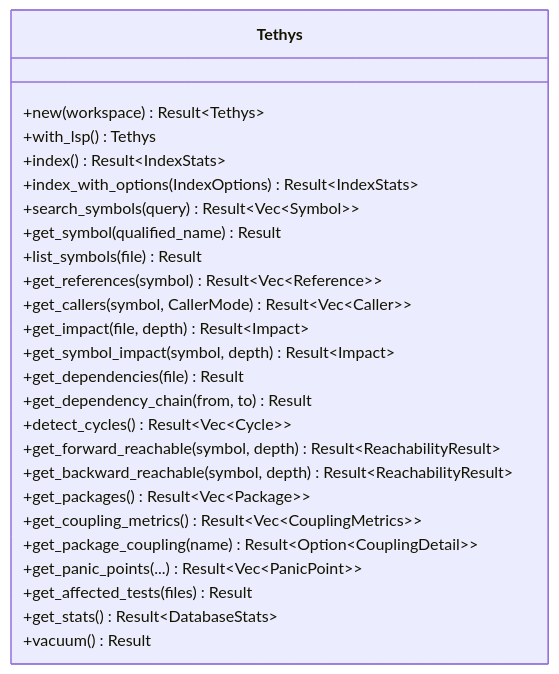
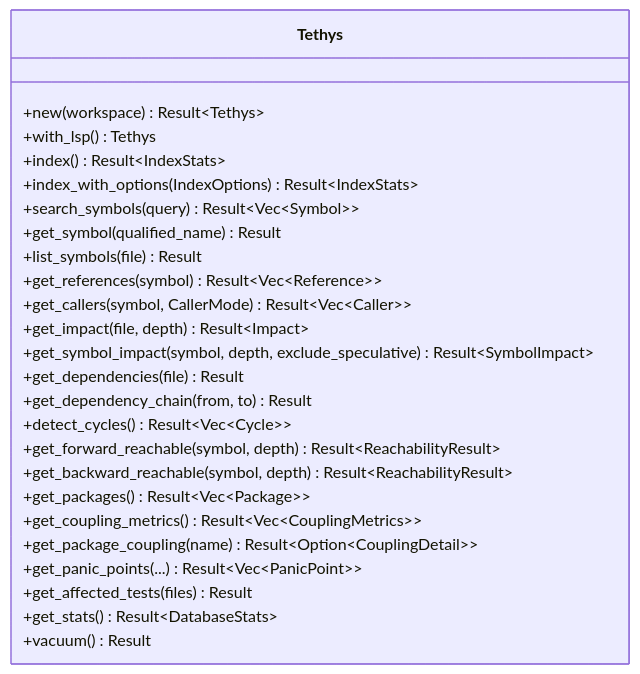
The diagram in .agents/summary/interfaces.md (dwalleck/tethys), drawn with Mermaid before and after one commit. The commit also changed other lines of this file and 16 other files, not shown here.

First line of the commit message:
feat(callers): return depth-accurate symbol impact

````diff
--- a/.agents/summary/interfaces.md
+++ b/.agents/summary/interfaces.md
@@ -48,28 +48,28 @@
 ```mermaid
 classDiagram
     class Tethys {
         +new(workspace) Result~Tethys~
         +with_lsp() Tethys
         +index() Result~IndexStats~
         +index_with_options(IndexOptions) Result~IndexStats~
         +search_symbols(query) Result~Vec~Symbol~~
         +get_symbol(qualified_name) Result
         +list_symbols(file) Result
         +get_references(symbol) Result~Vec~Reference~~
         +get_callers(symbol, CallerMode) Result~Vec~Caller~~
         +get_impact(file, depth) Result~Impact~
-        +get_symbol_impact(symbol, depth) Result~Impact~
+        +get_symbol_impact(symbol, depth, exclude_speculative) Result~SymbolImpact~
         +get_dependencies(file) Result
         +get_dependency_chain(from, to) Result
         +detect_cycles() Result~Vec~Cycle~~
         +get_forward_reachable(symbol, depth) Result~ReachabilityResult~
         +get_backward_reachable(symbol, depth) Result~ReachabilityResult~
         +get_packages() Result~Vec~Package~~
         +get_coupling_metrics() Result~Vec~CouplingMetrics~~
         +get_package_coupling(name) Result~Option~CouplingDetail~~
         +get_panic_points(...) Result~Vec~PanicPoint~~
         +get_affected_tests(files) Result
         +get_stats() Result~DatabaseStats~
         +vacuum() Result
     }
 ```
````
